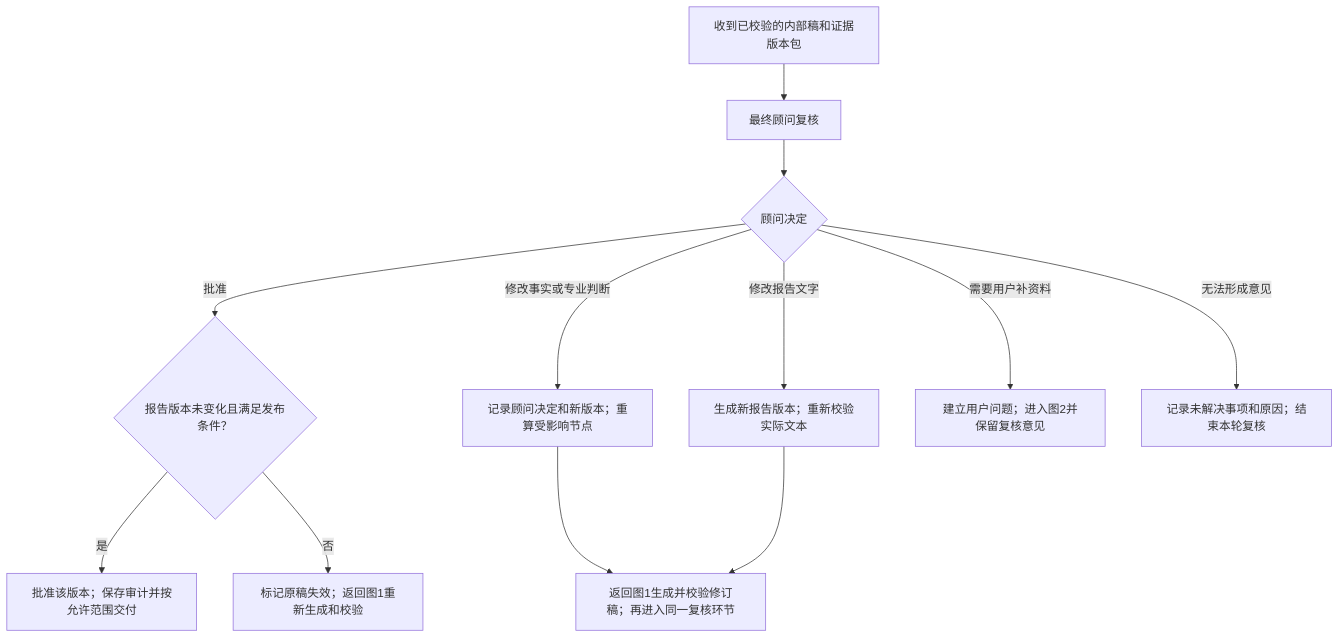
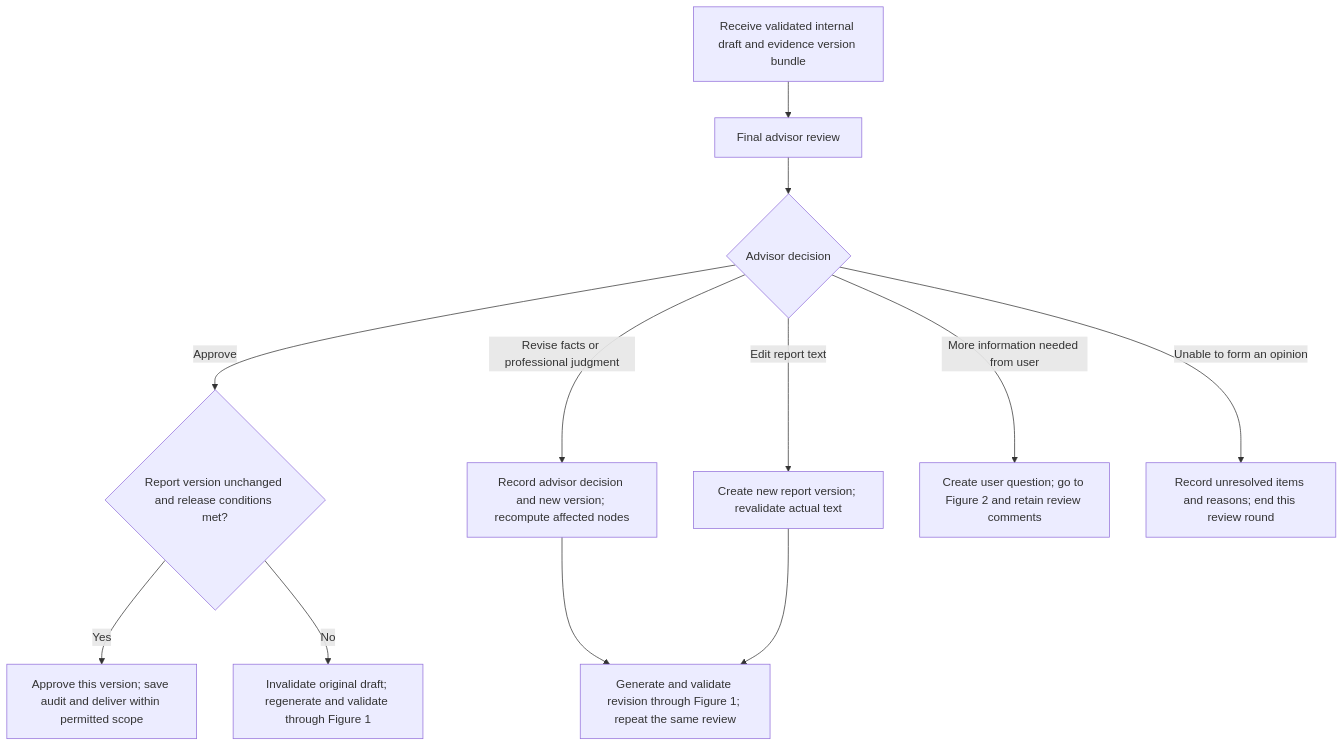
One commit to 1726621062qqcom-ctrl/Asia-Tax-AI-Agent changed the third of 5 diagrams in docs/architecture/AGENT_BUSINESS_WORKFLOW_V0_1.md. Above: the diagram before and after it, drawn with Mermaid. The commit also changed other lines of this file and 59 other files, not shown here.

````diff
--- a/docs/architecture/AGENT_BUSINESS_WORKFLOW_V0_1.md
+++ b/docs/architecture/AGENT_BUSINESS_WORKFLOW_V0_1.md
@@ -94,14 +106,14 @@
 ```mermaid
 flowchart TD
-  A[收到已校验的内部稿和证据版本包] --> B[最终顾问复核]
-  B --> C{顾问决定}
-  C -->|批准| D{报告版本未变化且满足发布条件？}
-  D -->|是| E[批准该版本；保存审计并按允许范围交付]
-  D -->|否| F[标记原稿失效；返回图1重新生成和校验]
-  C -->|修改事实或专业判断| G[记录顾问决定和新版本；重算受影响节点]
-  G --> H[返回图1生成并校验修订稿；再进入同一复核环节]
-  C -->|修改报告文字| I[生成新报告版本；重新校验实际文本]
+  A["Receive validated internal draft and evidence version bundle"] --> B["Final advisor review"]
+  B --> C{"Advisor decision"}
+  C -->|Approve| D{"Report version unchanged and release conditions met?"}
+  D -->|Yes| E["Approve this version; save audit and deliver within permitted scope"]
+  D -->|No| F["Invalidate original draft; regenerate and validate through Figure 1"]
+  C -->|Revise facts or professional judgment| G["Record advisor decision and new version; recompute affected nodes"]
+  G --> H["Generate and validate revision through Figure 1; repeat the same review"]
+  C -->|Edit report text| I["Create new report version; revalidate actual text"]
   I --> H
-  C -->|需要用户补资料| J[建立用户问题；进入图2并保留复核意见]
-  C -->|无法形成意见| K[记录未解决事项和原因；结束本轮复核]
+  C -->|More information needed from user| J["Create user question; go to Figure 2 and retain review comments"]
+  C -->|Unable to form an opinion| K["Record unresolved items and reasons; end this review round"]
 ```
````
